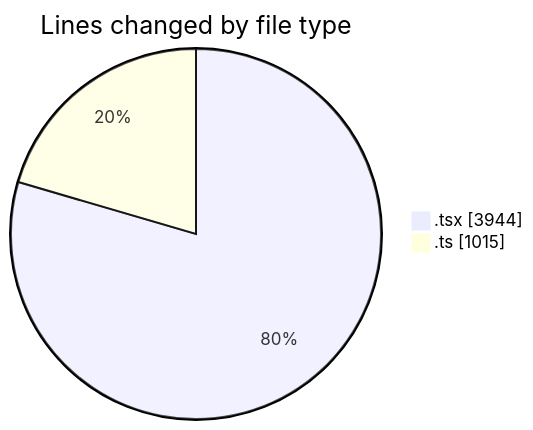
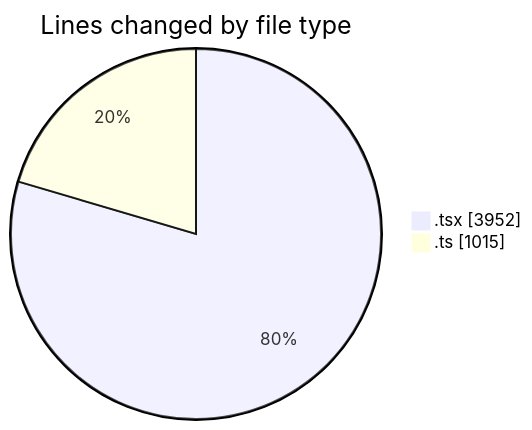
The first of 2 diagrams in 2025-07-02/cda/README.md (momahboobian/code-tracking), drawn with Mermaid before and after one commit. The commit also changed other lines of this file and 1 other file, not shown here.

````diff
--- a/2025-07-02/cda/README.md
+++ b/2025-07-02/cda/README.md
@@ -32,6 +32,6 @@
 ```mermaid
 pie showData
 title Lines changed by file type
-".tsx" : 3944
+".tsx" : 3952
 ".ts" : 1015
 ```
````
